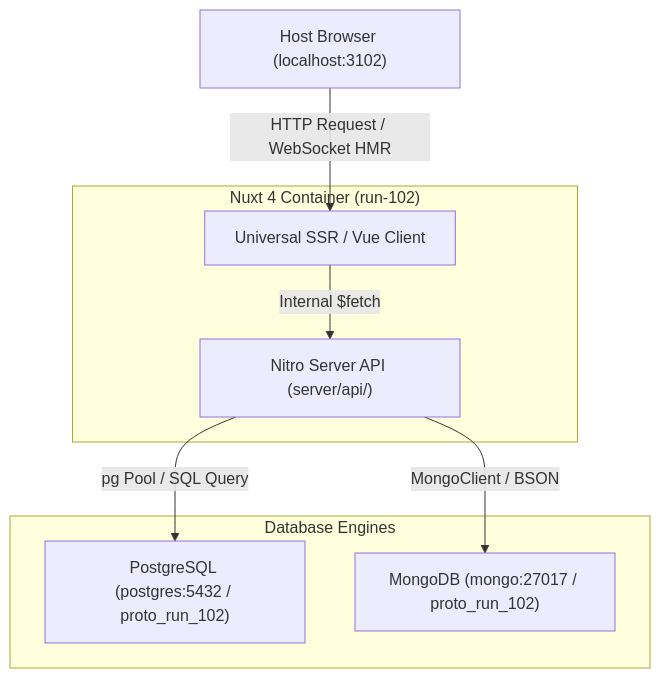
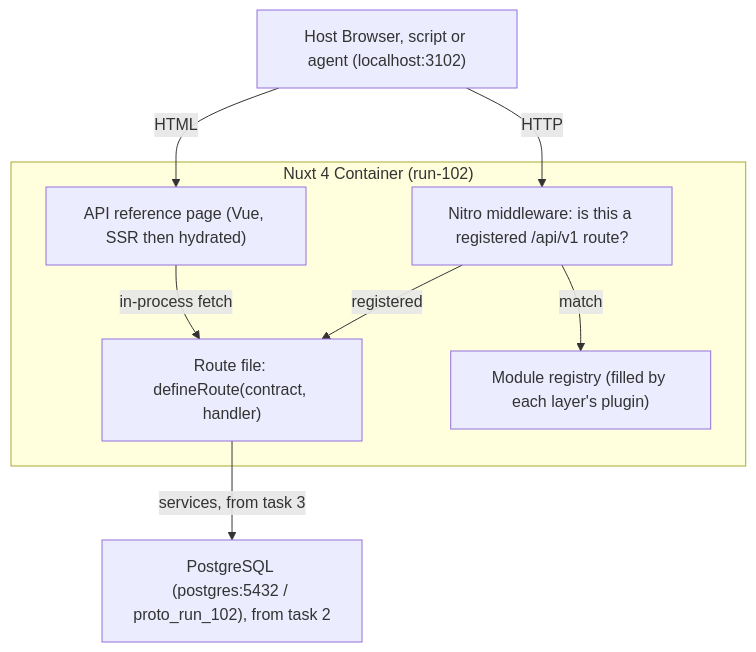
The diagram in docs/run-102/design.md (dltslt/42-tc-proto-docker), drawn with Mermaid before and after one commit. The commit also changed other lines of this file and 23 other files, not shown here.

First line of the commit message:
feat(run-102,skeleton): add layers, module list, health and OpenAPI routes

````diff
--- a/docs/run-102/design.md
+++ b/docs/run-102/design.md
@@ -8,19 +10,20 @@
 ```mermaid
 flowchart TD
-    Browser["Host Browser (localhost:3102)"]
-    
+    Client["Host Browser, script or agent (localhost:3102)"]
+
     subgraph Container["Nuxt 4 Container (run-102)"]
-        Universal["Universal SSR / Vue Client"]
-        NitroAPI["Nitro Server API (server/api/)"]
-    end
-    
-    subgraph Databases["Database Engines"]
-        PG["PostgreSQL (postgres:5432 / proto_run_102)"]
-        Mongo["MongoDB (mongo:27017 / proto_run_102)"]
+        Page["API reference page (Vue, SSR then hydrated)"]
+        MW["Nitro middleware: is this a registered /api/v1 route?"]
+        Route["Route file: defineRoute(contract, handler)"]
+        Reg["Module registry (filled by each layer's plugin)"]
     end
 
-    Browser -->|HTTP Request / WebSocket HMR| Universal
-    Universal -->|Internal $fetch| NitroAPI
-    NitroAPI -->|pg Pool / SQL Query| PG
-    NitroAPI -->|MongoClient / BSON| Mongo
+    PG["PostgreSQL (postgres:5432 / proto_run_102), from task 2"]
+
+    Client -->|HTTP| MW
+    Client -->|HTML| Page
+    Page -->|in-process fetch| Route
+    MW -->|match| Reg
+    MW -->|registered| Route
+    Route -->|services, from task 3| PG
 ```
````
